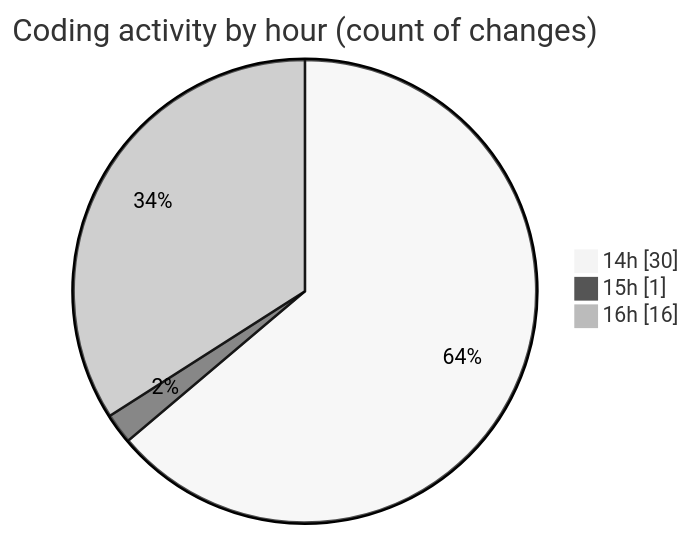
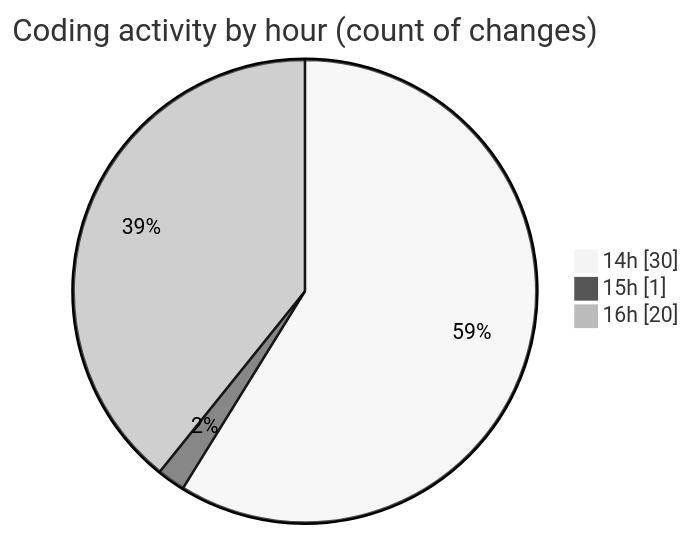
One commit to Ritupan-Deka/code-tracking changed the second of 2 diagrams in 2025-05-03/projects/README.md. Above: the diagram before and after it, drawn with Mermaid (neutral theme). The commit also changed other lines of this file and 1 other file, not shown here.

````diff
--- a/2025-05-03/projects/README.md
+++ b/2025-05-03/projects/README.md
@@ -43,7 +43,7 @@
 ```mermaid
 pie showData
 title Coding activity by hour (count of changes)
 "14h" : 30
 "15h" : 1
-"16h" : 16
+"16h" : 20
 ```
````
